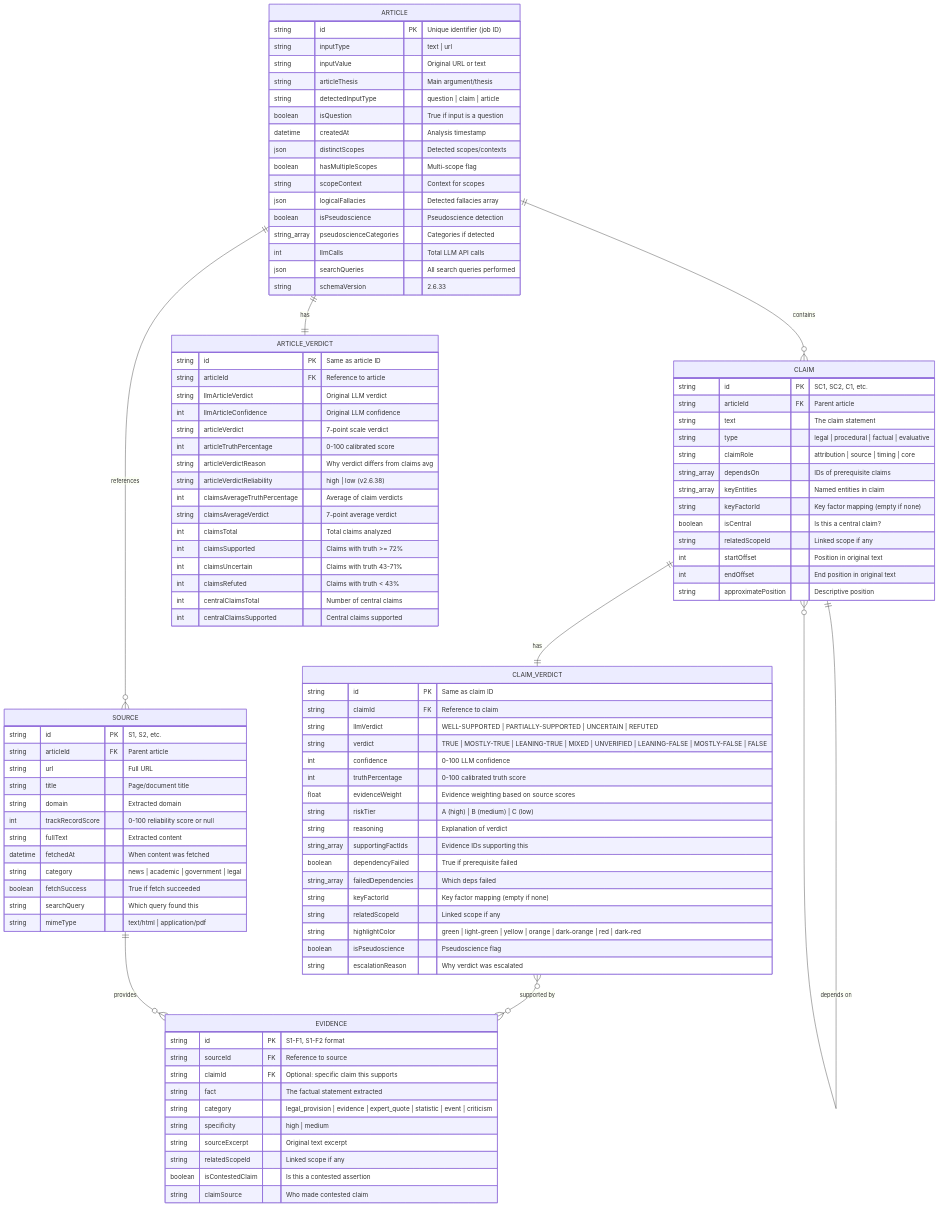
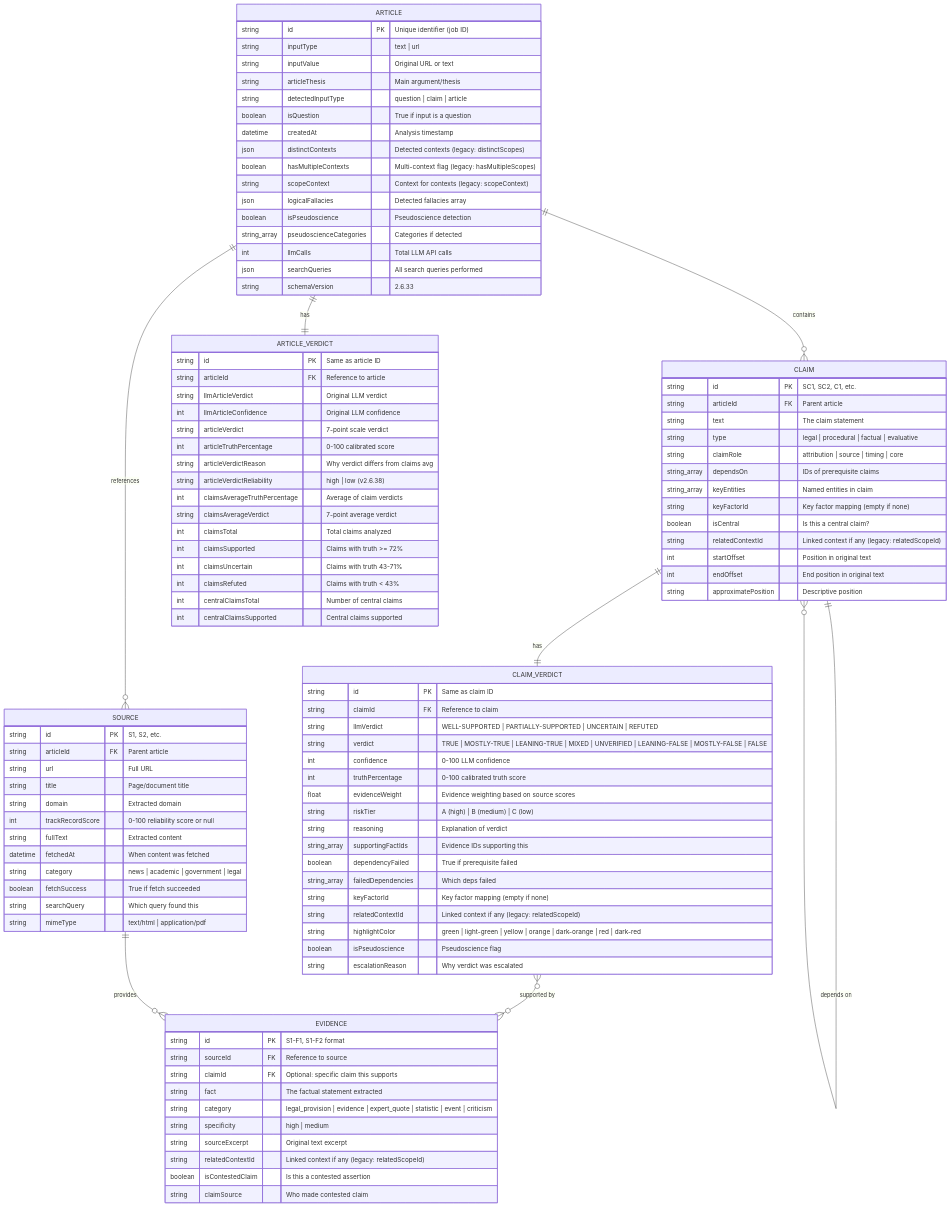
Before and after one commit to robertschaub/FactHarbor: the fourth of 7 diagrams in Docs/ARCHITECTURE/Overview.md, drawn with Mermaid. The commit also changed other lines of this file and 17 other files, not shown here.

```diff
--- a/Docs/ARCHITECTURE/Overview.md
+++ b/Docs/ARCHITECTURE/Overview.md
@@ -250,9 +250,9 @@
         string detectedInputType "question | claim | article"
         boolean isQuestion "True if input is a question"
         datetime createdAt "Analysis timestamp"
-        json distinctScopes "Detected scopes/contexts"
-        boolean hasMultipleScopes "Multi-scope flag"
-        string scopeContext "Context for scopes"
+        json distinctContexts "Detected contexts (legacy: distinctScopes)"
+        boolean hasMultipleContexts "Multi-context flag (legacy: hasMultipleScopes)"
+        string scopeContext "Context for contexts (legacy: scopeContext)"
         json logicalFallacies "Detected fallacies array"
         boolean isPseudoscience "Pseudoscience detection"
         string_array pseudoscienceCategories "Categories if detected"
@@ -271,7 +271,7 @@
         string_array keyEntities "Named entities in claim"
         string keyFactorId "Key factor mapping (empty if none)"
         boolean isCentral "Is this a central claim?"
-        string relatedScopeId "Linked scope if any"
+        string relatedContextId "Linked context if any (legacy: relatedScopeId)"
         int startOffset "Position in original text"
         int endOffset "End position in original text"
         string approximatePosition "Descriptive position"
@@ -291,7 +291,7 @@
         boolean dependencyFailed "True if prerequisite failed"
         string_array failedDependencies "Which deps failed"
         string keyFactorId "Key factor mapping (empty if none)"
-        string relatedScopeId "Linked scope if any"
+        string relatedContextId "Linked context if any (legacy: relatedScopeId)"
         string highlightColor "green | light-green | yellow | orange | dark-orange | red | dark-red"
         boolean isPseudoscience "Pseudoscience flag"
         string escalationReason "Why verdict was escalated"
@@ -324,7 +324,7 @@
         string category "legal_provision | evidence | expert_quote | statistic | event | criticism"
         string specificity "high | medium"
         string sourceExcerpt "Original text excerpt"
-        string relatedScopeId "Linked scope if any"
+        string relatedContextId "Linked context if any (legacy: relatedScopeId)"
         boolean isContestedClaim "Is this a contested assertion"
         string claimSource "Who made contested claim"
     }
```
